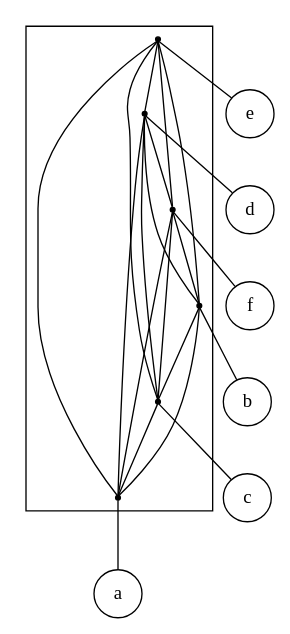
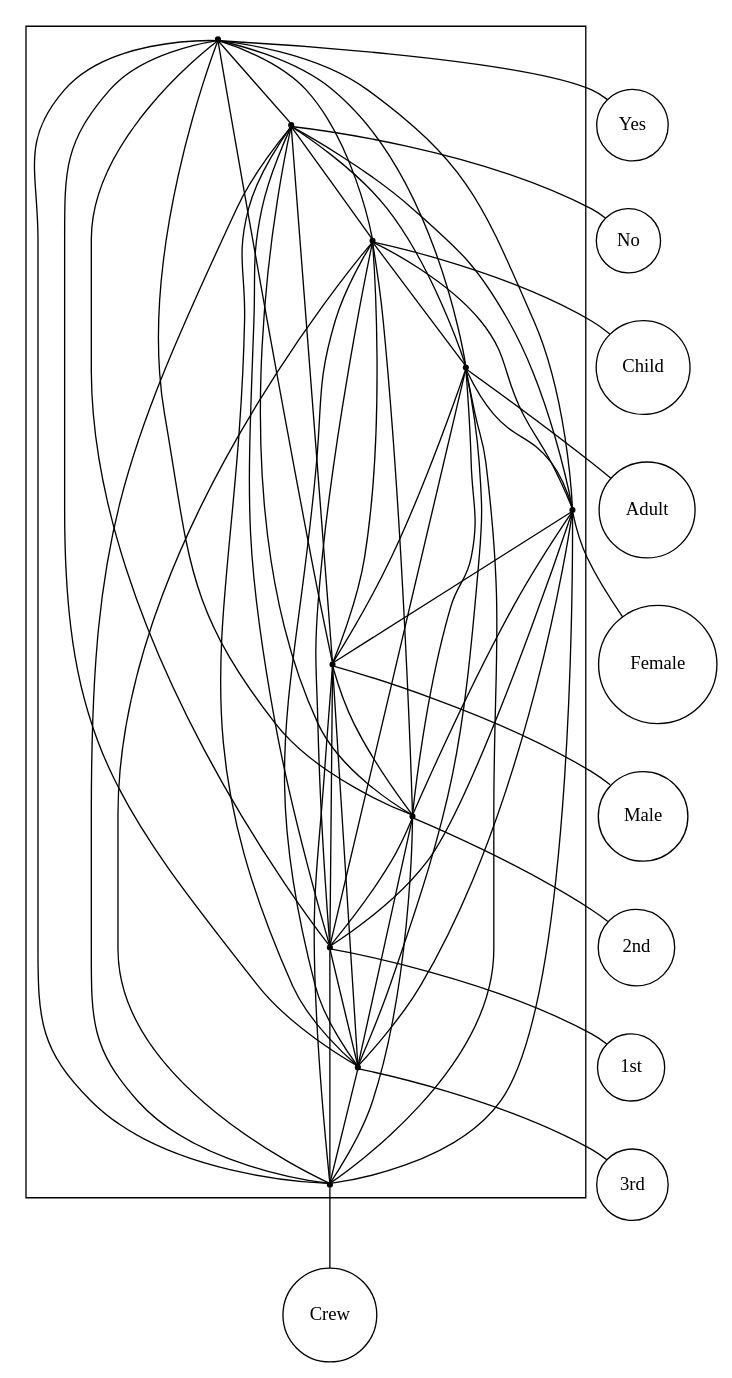
One commit to lrodrin/TFG changed the diagram in src/final/plain_2-structure_with_threshold.dot. Above: the diagram before and after it, drawn with Graphviz. The commit also changed 10 other files, not shown here.

```diff
--- a/src/final/plain_2-structure_with_threshold.dot
+++ b/src/final/plain_2-structure_with_threshold.dot
@@ -1,38 +1,76 @@
 strict digraph "plain_2-structure_with_threshold" {
 compound=true;
 fontname=Verdana;
 fontsize=12;
 newrank=true;
 node [shape=circle];
-e;
-d;
-f;
-b;
-c;
-a;
-subgraph cluster_feacdb {
+Yes;
+No;
+Child;
+Adult;
+Female;
+Male;
+"2nd";
+"1st";
+"3rd";
+Crew;
+subgraph cluster_Yes1stFemaleMaleChild2ndAdultNoCrew3rd {
 node [shape=point];
-s_e -> s_d  [arrowhead=none, color=black];
-s_e -> s_f  [arrowhead=none, color=black];
-s_e -> s_b  [arrowhead=none, color=black];
-s_e -> s_c  [arrowhead=none, color=black];
-s_e -> s_a  [arrowhead=none, color=black];
-s_d -> s_f  [arrowhead=none, color=black];
-s_d -> s_b  [arrowhead=none, color=black];
-s_d -> s_c  [arrowhead=none, color=black];
-s_d -> s_a  [arrowhead=none, color=black];
-s_f -> s_b  [arrowhead=none, color=black];
-s_f -> s_c  [arrowhead=none, color=black];
-s_f -> s_a  [arrowhead=none, color=black];
-s_b -> s_c  [arrowhead=none, color=black];
-s_b -> s_a  [arrowhead=none, color=black];
-s_c -> s_a  [arrowhead=none, color=black];
+s_Yes -> s_No  [arrowhead=none, color=black];
+s_Yes -> s_Child  [arrowhead=none, color=black];
+s_Yes -> s_Adult  [arrowhead=none, color=black];
+s_Yes -> s_Female  [arrowhead=none, color=black];
+s_Yes -> s_Male  [arrowhead=none, color=black];
+s_Yes -> s_2nd  [arrowhead=none, color=black];
+s_Yes -> s_1st  [arrowhead=none, color=black];
+s_Yes -> s_3rd  [arrowhead=none, color=black];
+s_Yes -> s_Crew  [arrowhead=none, color=black];
+s_No -> s_Child  [arrowhead=none, color=black];
+s_No -> s_Adult  [arrowhead=none, color=black];
+s_No -> s_Female  [arrowhead=none, color=black];
+s_No -> s_Male  [arrowhead=none, color=black];
+s_No -> s_2nd  [arrowhead=none, color=black];
+s_No -> s_1st  [arrowhead=none, color=black];
+s_No -> s_3rd  [arrowhead=none, color=black];
+s_No -> s_Crew  [arrowhead=none, color=black];
+s_Child -> s_Adult  [arrowhead=none, color=black];
+s_Child -> s_Female  [arrowhead=none, color=black];
+s_Child -> s_Male  [arrowhead=none, color=black];
+s_Child -> s_2nd  [arrowhead=none, color=black];
+s_Child -> s_1st  [arrowhead=none, color=black];
+s_Child -> s_3rd  [arrowhead=none, color=black];
+s_Child -> s_Crew  [arrowhead=none, color=black];
+s_Adult -> s_Female  [arrowhead=none, color=black];
+s_Adult -> s_Male  [arrowhead=none, color=black];
+s_Adult -> s_2nd  [arrowhead=none, color=black];
+s_Adult -> s_1st  [arrowhead=none, color=black];
+s_Adult -> s_3rd  [arrowhead=none, color=black];
+s_Adult -> s_Crew  [arrowhead=none, color=black];
+s_Female -> s_Male  [arrowhead=none, color=black];
+s_Female -> s_2nd  [arrowhead=none, color=black];
+s_Female -> s_1st  [arrowhead=none, color=black];
+s_Female -> s_3rd  [arrowhead=none, color=black];
+s_Female -> s_Crew  [arrowhead=none, color=black];
+s_Male -> s_2nd  [arrowhead=none, color=black];
+s_Male -> s_1st  [arrowhead=none, color=black];
+s_Male -> s_3rd  [arrowhead=none, color=black];
+s_Male -> s_Crew  [arrowhead=none, color=black];
+s_2nd -> s_1st  [arrowhead=none, color=black];
+s_2nd -> s_3rd  [arrowhead=none, color=black];
+s_2nd -> s_Crew  [arrowhead=none, color=black];
+s_1st -> s_3rd  [arrowhead=none, color=black];
+s_1st -> s_Crew  [arrowhead=none, color=black];
+s_3rd -> s_Crew  [arrowhead=none, color=black];
 }
 
-s_e -> e  [arrowhead=none];
-s_d -> d  [arrowhead=none];
-s_f -> f  [arrowhead=none];
-s_b -> b  [arrowhead=none];
-s_c -> c  [arrowhead=none];
-s_a -> a  [arrowhead=none];
+s_Yes -> Yes  [arrowhead=none];
+s_No -> No  [arrowhead=none];
+s_Child -> Child  [arrowhead=none];
+s_Adult -> Adult  [arrowhead=none];
+s_Female -> Female  [arrowhead=none];
+s_Male -> Male  [arrowhead=none];
+s_2nd -> "2nd"  [arrowhead=none];
+s_1st -> "1st"  [arrowhead=none];
+s_3rd -> "3rd"  [arrowhead=none];
+s_Crew -> Crew  [arrowhead=none];
 }
```
